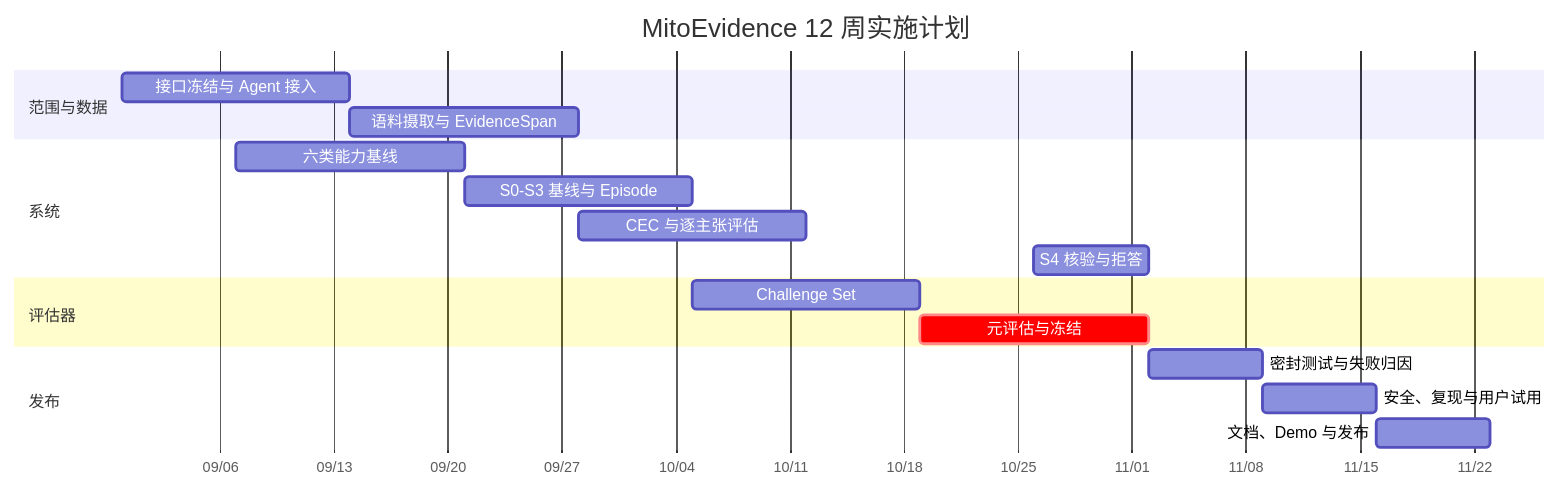
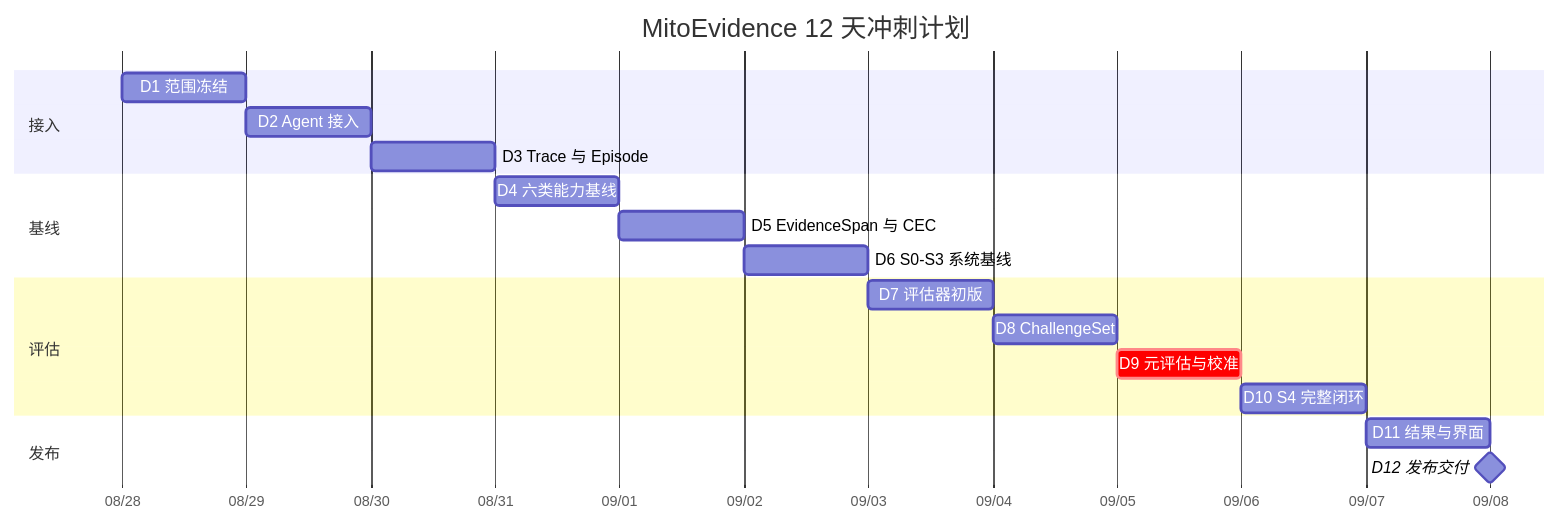
The third of 3 diagrams in README.md (blues-kun/hy-agent), drawn with Mermaid before and after one commit. The commit also changed other lines of this file and 2 other files, not shown here.

Commit message:
docs: redesign architecture visual and condense delivery plan

```diff
--- a/README.md
+++ b/README.md
@@ -839,25 +769,26 @@
 ~~~mermaid
 gantt
-    title MitoEvidence 12 周实施计划
+    title MitoEvidence 12 天冲刺计划
     dateFormat  YYYY-MM-DD
     axisFormat  %m/%d
 
-    section 范围与数据
-    接口冻结与 Agent 接入     :a1, 2026-08-31, 14d
-    语料摄取与 EvidenceSpan  :a2, 2026-09-14, 14d
+    section 接入
+    D1 范围冻结               :a1, 2026-08-28, 1d
+    D2 Agent 接入             :a2, 2026-08-29, 1d
+    D3 Trace 与 Episode       :a3, 2026-08-30, 1d
 
-    section 系统
-    六类能力基线             :b0, 2026-09-07, 14d
-    S0-S3 基线与 Episode     :b1, 2026-09-21, 14d
-    CEC 与逐主张评估         :b2, 2026-09-28, 14d
-    S4 核验与拒答            :b3, 2026-10-26, 7d
+    section 基线
+    D4 六类能力基线           :b1, 2026-08-31, 1d
+    D5 EvidenceSpan 与 CEC    :b2, 2026-09-01, 1d
+    D6 S0-S3 系统基线         :b3, 2026-09-02, 1d
 
-    section 评估器
-    Challenge Set            :c1, 2026-10-05, 14d
-    元评估与冻结             :crit, c2, 2026-10-19, 14d
+    section 评估
+    D7 评估器初版             :c1, 2026-09-03, 1d
+    D8 ChallengeSet           :c2, 2026-09-04, 1d
+    D9 元评估与校准           :crit, c3, 2026-09-05, 1d
+    D10 S4 完整闭环           :c4, 2026-09-06, 1d
 
     section 发布
-    密封测试与失败归因       :d1, 2026-11-02, 7d
-    安全、复现与用户试用     :d2, after d1, 7d
-    文档、Demo 与发布        :d3, after d2, 7d
+    D11 结果与界面            :d1, 2026-09-07, 1d
+    D12 发布交付              :milestone, d2, 2026-09-08, 0d
 ~~~
```
